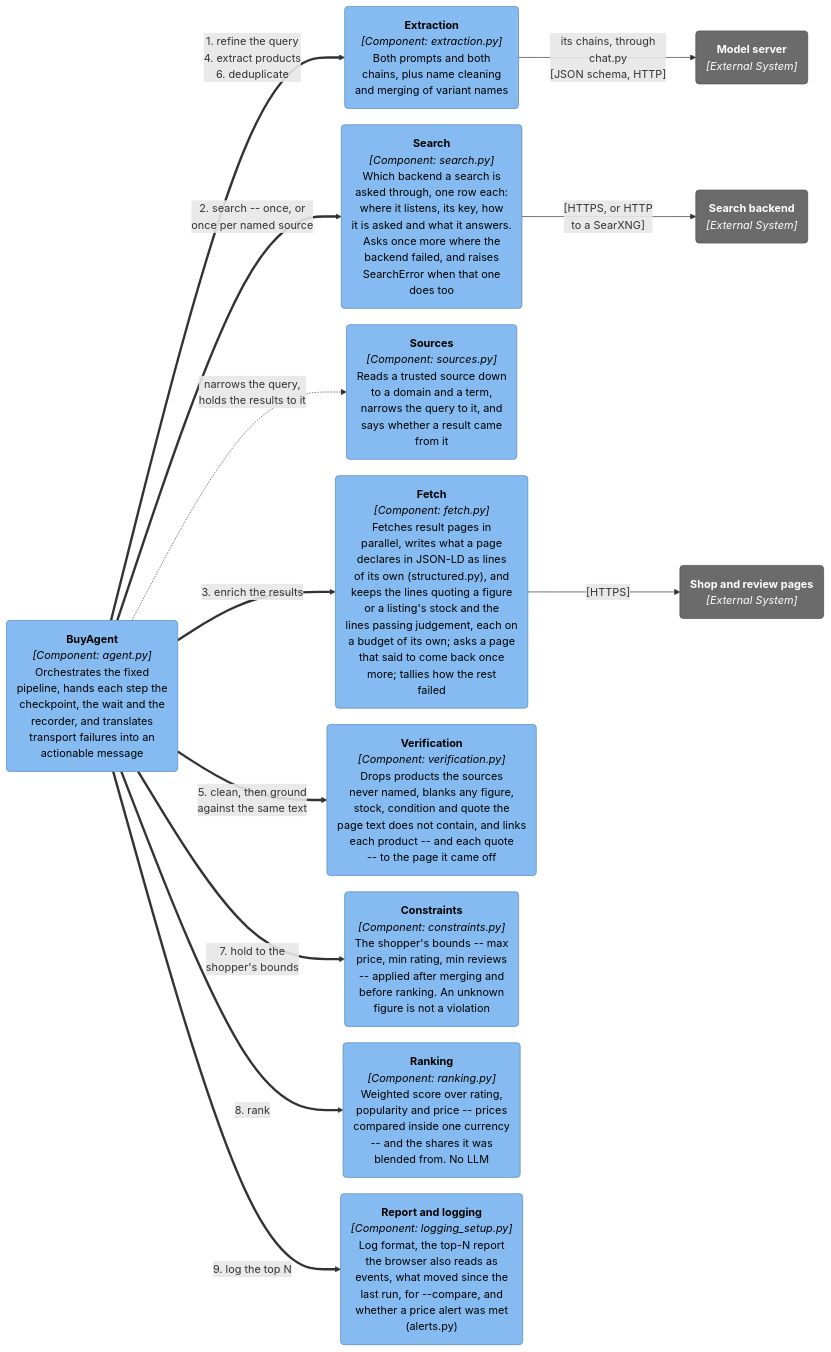
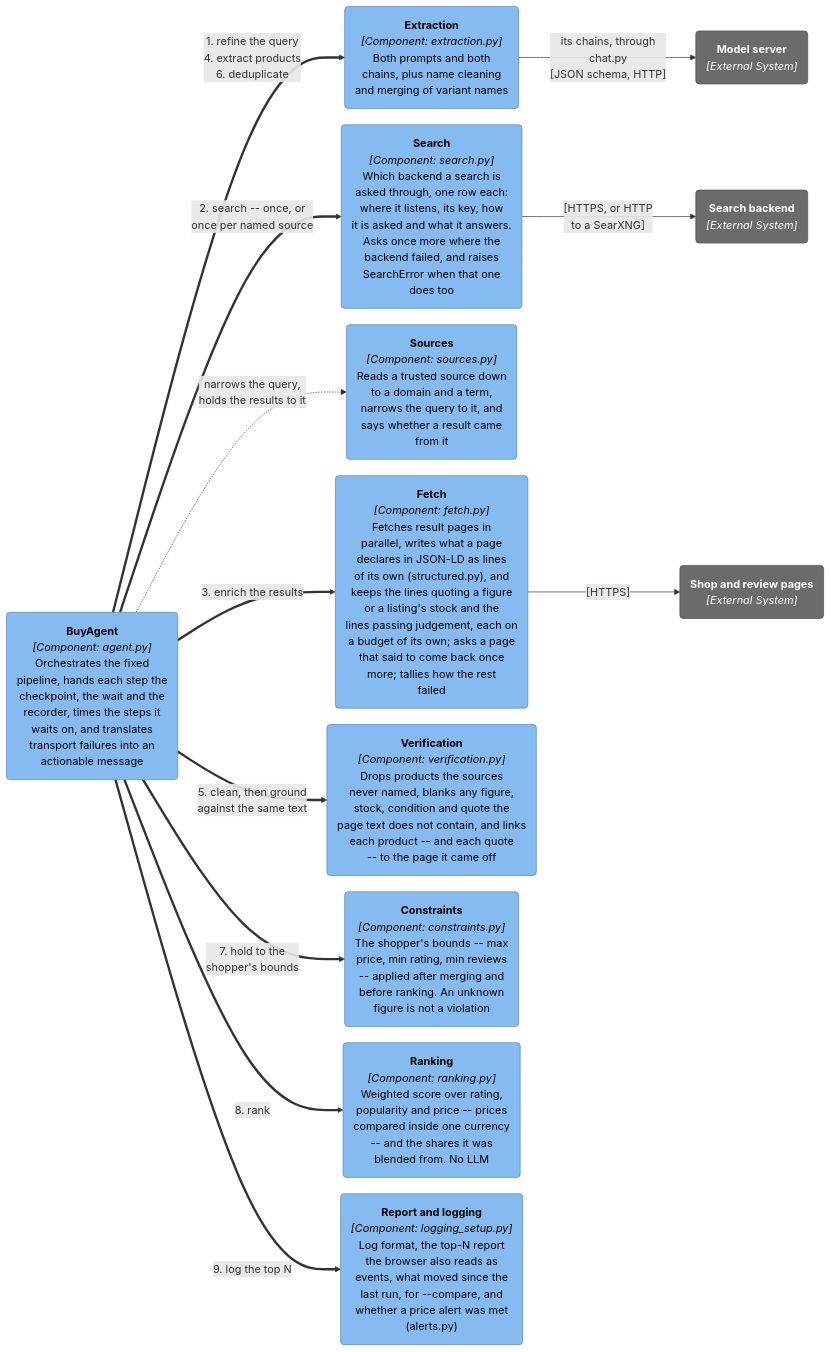
Before and after one commit to adamw7/buy_agent: the fifth of 11 diagrams in docs/architecture.md, drawn with Mermaid. The commit also changed 14 other files, not shown here.

````diff
--- a/docs/architecture.md
+++ b/docs/architecture.md
@@ -243,41 +243,41 @@
 ```mermaid
 ---
 config:
   flowchart:
     wrappingWidth: 400
     nodeSpacing: 24
     rankSpacing: 40
 ---
 graph LR
-    agent("<b>BuyAgent</b><br/><i>[Component: agent.py]</i><br/>Orchestrates the fixed<br/>pipeline, hands each step the<br/>checkpoint, the wait and the<br/>recorder, and translates<br/>transport failures into an<br/>actionable message")
+    agent("<b>BuyAgent</b><br/><i>[Component: agent.py]</i><br/>Orchestrates the fixed<br/>pipeline, hands each step the<br/>checkpoint, the wait and the<br/>recorder, times the steps it<br/>waits on, and translates<br/>transport failures into an<br/>actionable message")
     extraction("<b>Extraction</b><br/><i>[Component: extraction.py]</i><br/>Both prompts and both<br/>chains, plus name cleaning<br/>and merging of variant names")
     search("<b>Search</b><br/><i>[Component: search.py]</i><br/>Which backend a search is<br/>asked through, one row each:<br/>where it listens, its key, how<br/>it is asked and what it answers.<br/>Asks once more where the<br/>backend failed, and raises<br/>SearchError when that one<br/>does too")
     sources("<b>Sources</b><br/><i>[Component: sources.py]</i><br/>Reads a trusted source down<br/>to a domain and a term,<br/>narrows the query to it, and<br/>says whether a result came<br/>from it")
     fetch("<b>Fetch</b><br/><i>[Component: fetch.py]</i><br/>Fetches result pages in<br/>parallel, writes what a page<br/>declares in JSON-LD as lines<br/>of its own (structured.py), and<br/>keeps the lines quoting a figure<br/>or a listing's stock and the<br/>lines passing judgement, each on<br/>a budget of its own; asks a page<br/>that said to come back once<br/>more; tallies how the rest<br/>failed")
     verification("<b>Verification</b><br/><i>[Component: verification.py]</i><br/>Drops products the sources<br/>never named, blanks any figure,<br/>stock, condition and quote the<br/>page text does not contain, and links<br/>each product -- and each quote<br/>-- to the page it came off")
     constraints("<b>Constraints</b><br/><i>[Component: constraints.py]</i><br/>The shopper's bounds -- max<br/>price, min rating, min reviews<br/>-- applied after merging and<br/>before ranking. An unknown<br/>figure is not a violation")
     ranking("<b>Ranking</b><br/><i>[Component: ranking.py]</i><br/>Weighted score over rating,<br/>popularity and price -- prices<br/>compared inside one currency<br/>-- and the shares it was<br/>blended from. No LLM")
     logsetup("<b>Report and logging</b><br/><i>[Component: logging_setup.py]</i><br/>Log format, the top-N report<br/>the browser also reads as<br/>events, what moved since the<br/>last run, for --compare, and<br/>whether a price alert was met<br/>(alerts.py)")
 
     ollama("<b>Model server</b><br/><i>[External System]</i>")
     ddg("<b>Search backend</b><br/><i>[External System]</i>")
     shops("<b>Shop and review pages</b><br/><i>[External System]</i>")
 
     agent ==>|"1. refine the query<br/>4. extract products<br/>6. deduplicate"| extraction
     agent ==>|"2. search -- once, or<br/>once per named source"| search
     agent -.->|"narrows the query,<br/>holds the results to it"| sources
     agent ==>|"3. enrich the results"| fetch
     agent ==>|"5. clean, then ground<br/>against the same text"| verification
     agent ==>|"7. hold to the<br/>shopper's bounds"| constraints
     agent ==>|"8. rank"| ranking
     agent ==>|"9. log the top N"| logsetup
 
     extraction -->|"its chains, through<br/>chat.py<br/>[JSON schema, HTTP]"| ollama
     search -->|"[HTTPS, or HTTP<br/>to a SearXNG]"| ddg
     fetch -->|"[HTTPS]"| shops
 
     classDef component fill:#85bbf0,stroke:#4f86c0,color:#000
     classDef external fill:#6b6b6b,stroke:#4d4d4d,color:#fff
     class agent,extraction,search,sources,fetch,verification,constraints,ranking,logsetup component
     class ollama,ddg,shops external
 ```
````
